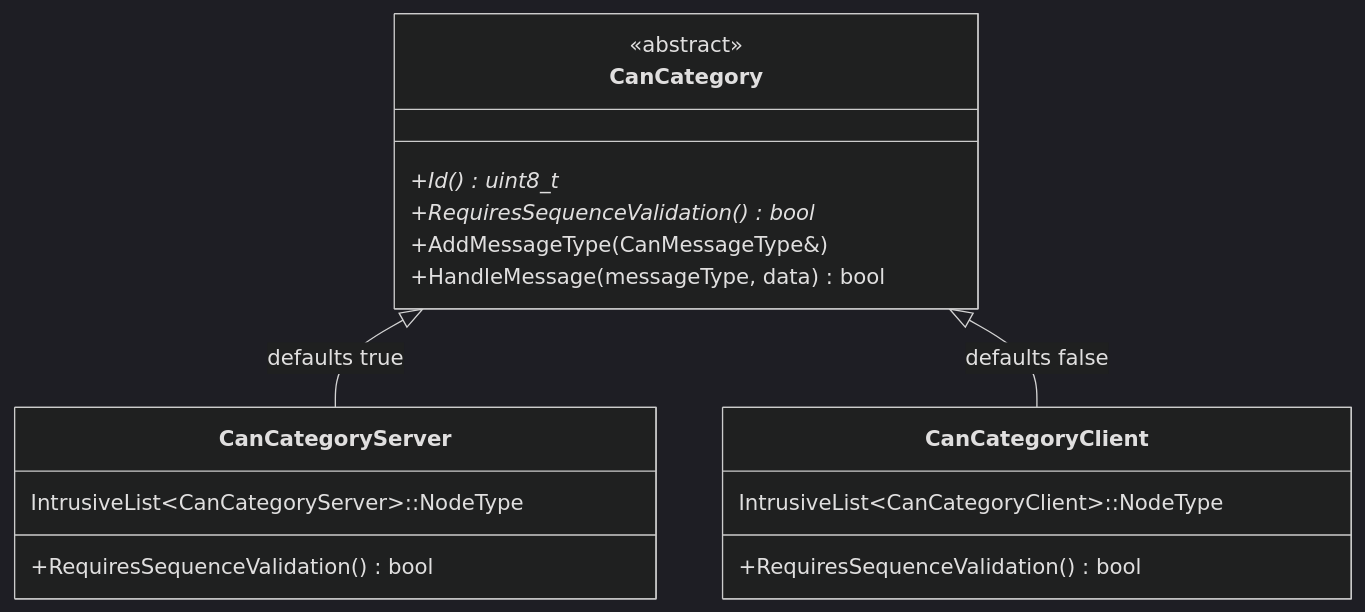
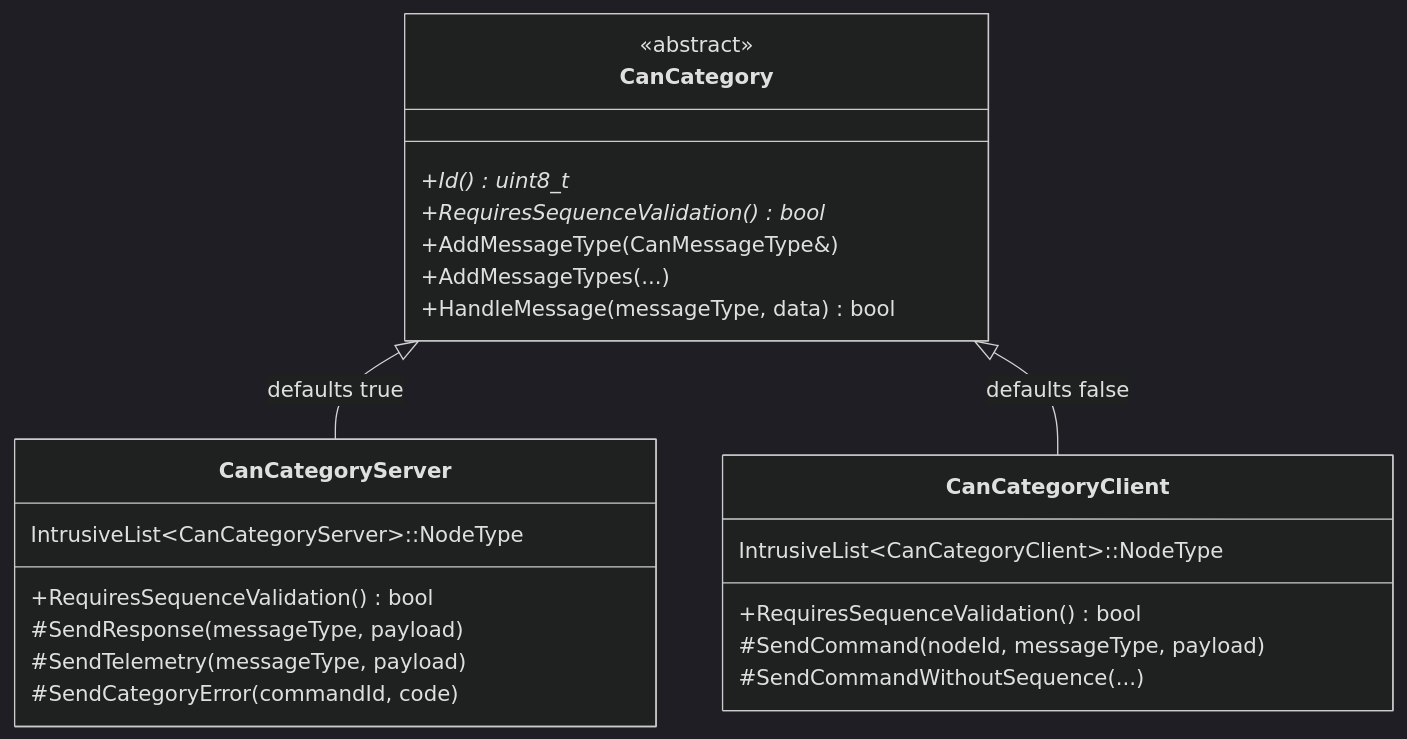
One commit to embedded-pro/can-lite changed the second of 4 diagrams in documents/design/architecture.md. Above: the diagram before and after it, drawn with Mermaid (dark theme). The commit also changed other lines of this file and 82 other files, not shown here.

````diff
--- a/documents/design/architecture.md
+++ b/documents/design/architecture.md
@@ -61,23 +62,29 @@
 ```mermaid
 classDiagram
     class CanCategory {
         <<abstract>>
         +Id() uint8_t*
         +RequiresSequenceValidation() bool*
         +AddMessageType(CanMessageType&)
+        +AddMessageTypes(...)
         +HandleMessage(messageType, data) bool
     }
 
     class CanCategoryServer {
         +RequiresSequenceValidation() bool
+        #SendResponse(messageType, payload)
+        #SendTelemetry(messageType, payload)
+        #SendCategoryError(commandId, code)
         IntrusiveList~CanCategoryServer~::NodeType
     }
 
     class CanCategoryClient {
         +RequiresSequenceValidation() bool
+        #SendCommand(nodeId, messageType, payload)
+        #SendCommandWithoutSequence(...)
         IntrusiveList~CanCategoryClient~::NodeType
     }
 
     CanCategory <|-- CanCategoryServer : defaults true
     CanCategory <|-- CanCategoryClient : defaults false
 ```
````
